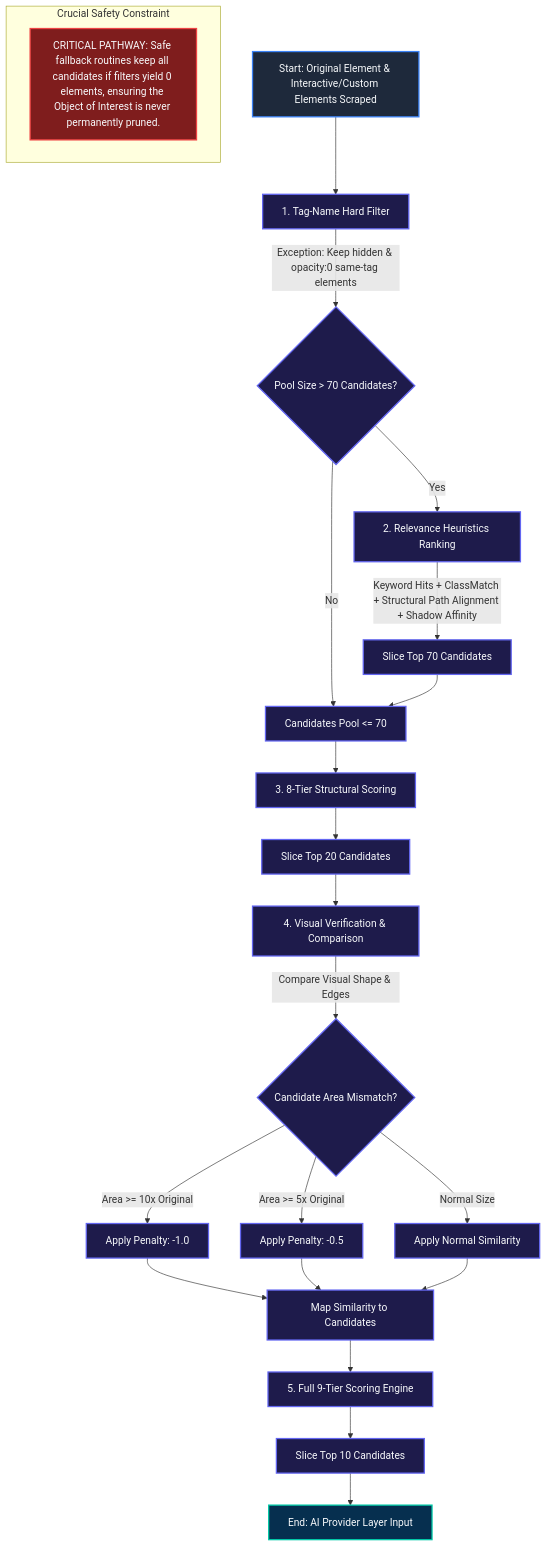
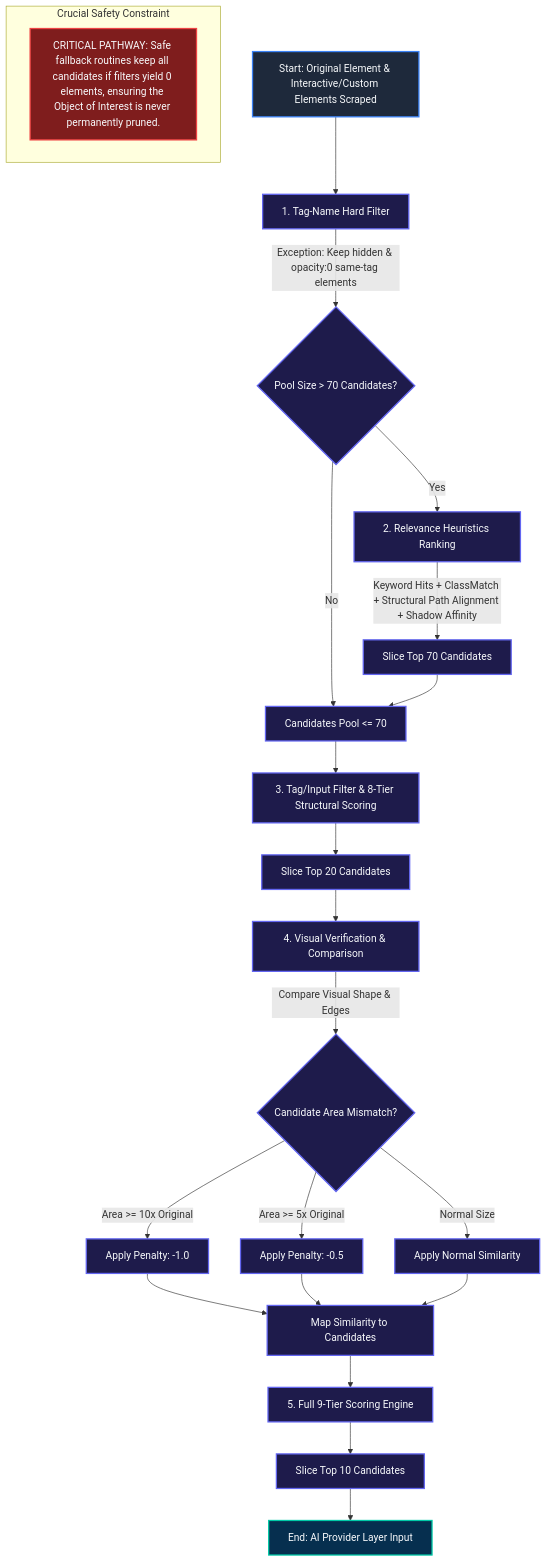
One commit to shambhoo-narwaria/reLOCATE.AI-Intelligent-Element-Recovery-Engine changed the fifth of 5 diagrams in docs/project-architecture.md. Above: the diagram before and after it, drawn with Mermaid. The commit also changed other lines of this file, not shown here.

Commit message:
update pruning flowchart Stage 3 label

````diff
--- a/docs/project-architecture.md
+++ b/docs/project-architecture.md
@@ -332,37 +332,37 @@
 ```mermaid
 flowchart TD
     %% Styling
     classDef input fill:#1e293b,stroke:#3b82f6,stroke-width:2px,color:#f8fafc;
     classDef stage fill:#1e1b4b,stroke:#6366f1,stroke-width:2px,color:#f8fafc;
     classDef crucial fill:#7f1d1d,stroke:#ef4444,stroke-width:2px,color:#f8fafc;
     classDef output fill:#062f4f,stroke:#00c9a7,stroke-width:2px,color:#f8fafc;
 
     A["Start: Original Element & Interactive/Custom Elements Scraped"]:::input --> B["1. Tag-Name Hard Filter"]:::stage
     B -->|Exception: Keep hidden & opacity:0 same-tag elements| C{"Pool Size > 70 Candidates?"}:::stage
     
     C -->|Yes| D["2. Relevance Heuristics Ranking"]:::stage
     D -->|Keyword Hits + ClassMatch + Structural Path Alignment + Shadow Affinity| E["Slice Top 70 Candidates"]:::stage
     C -->|No| F["Candidates Pool <= 70"]:::stage
     E --> F
     
-    F --> G["3. 8-Tier Structural Scoring"]:::stage
+    F --> G["3. Tag/Input Filter & 8-Tier Structural Scoring"]:::stage
     G --> H["Slice Top 20 Candidates"]:::stage
     
     H --> I["4. Visual Verification & Comparison"]:::stage
     I -->|Compare Visual Shape & Edges| J{"Candidate Area Mismatch?"}:::stage
     J -->|Area >= 10x Original| K["Apply Penalty: -1.0"]:::stage
     J -->|Area >= 5x Original| L["Apply Penalty: -0.5"]:::stage
     J -->|Normal Size| M["Apply Normal Similarity"]:::stage
     
     K --> N["Map Similarity to Candidates"]:::stage
     L --> N
     M --> N
     
     N --> O["5. Full 9-Tier Scoring Engine"]:::stage
     O --> P["Slice Top 10 Candidates"]:::stage
     P --> Q["End: AI Provider Layer Input"]:::output
 
     subgraph Crucial Safety Constraint
         R["CRITICAL PATHWAY: Safe fallback routines keep all candidates if filters yield 0 elements, ensuring the Object of Interest is never permanently pruned."]:::crucial
     end
 ```
````
